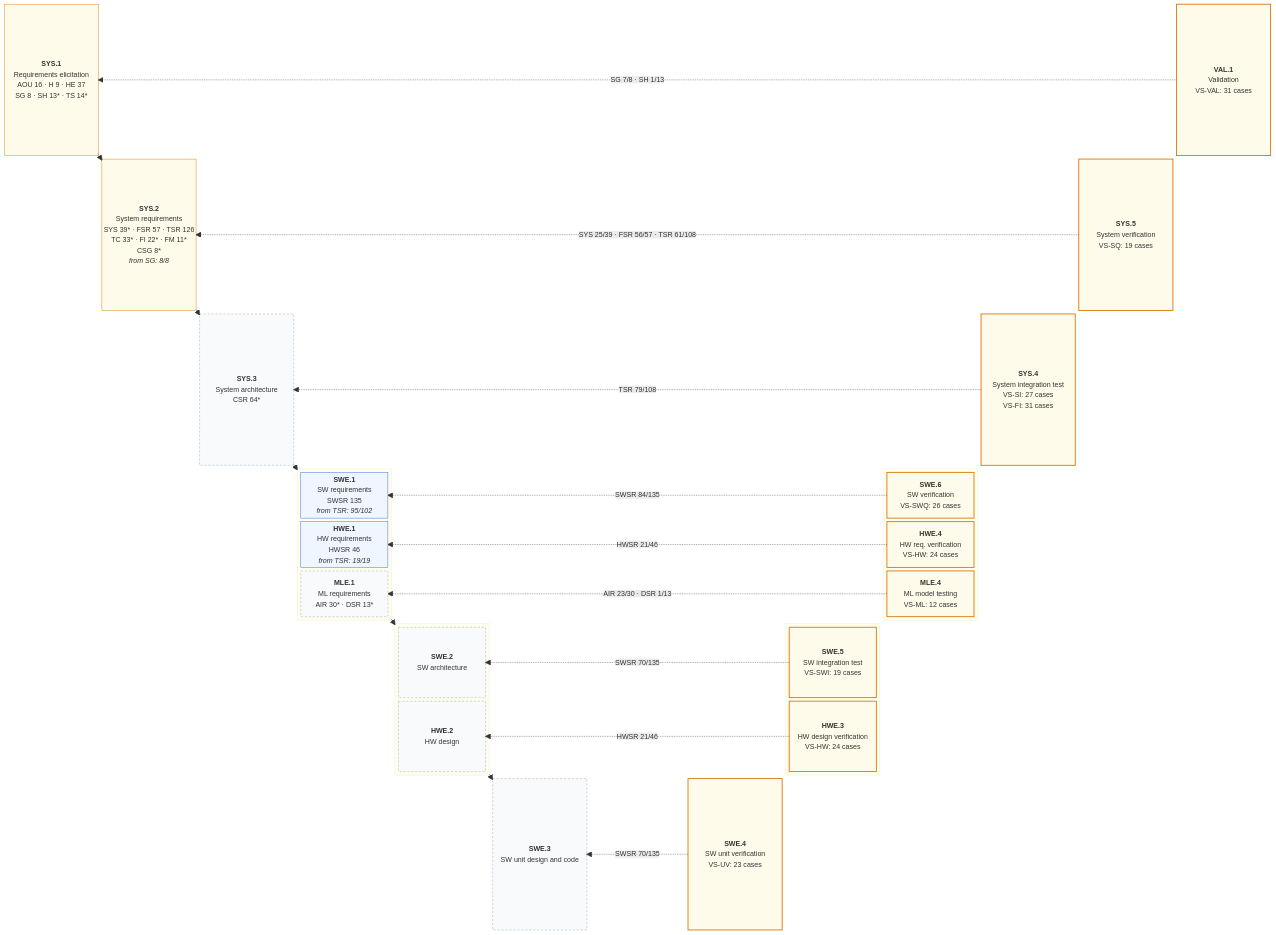
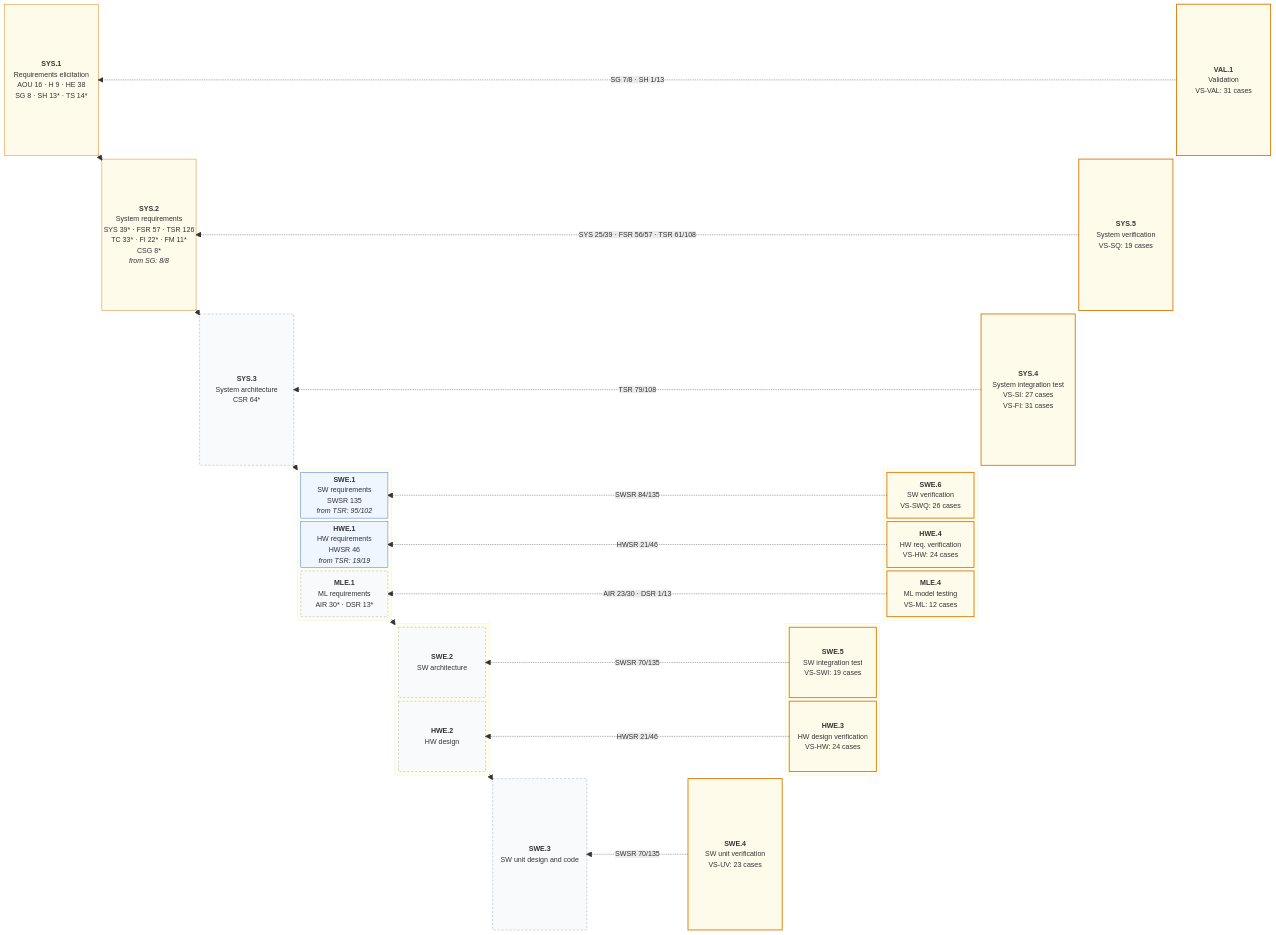
Before and after one commit to jherrodthomas/LionDriver: the first of 2 diagrams in assurance/trace/maps/aspice-trace-map.md, drawn with Mermaid. The commit also changed other lines of this file and 32 other files, not shown here.

````diff
--- a/assurance/trace/maps/aspice-trace-map.md
+++ b/assurance/trace/maps/aspice-trace-map.md
@@ -22,7 +22,7 @@
 ```mermaid
 block-beta
   columns 13
-  SYS1["<b>SYS.1</b><br/>Requirements elicitation<br/>AOU 16 · H 9 · HE 37<br/>SG 8 · SH 13* · TS 14*"]
+  SYS1["<b>SYS.1</b><br/>Requirements elicitation<br/>AOU 16 · H 9 · HE 38<br/>SG 8 · SH 13* · TS 14*"]
   space
   space
   space
````
